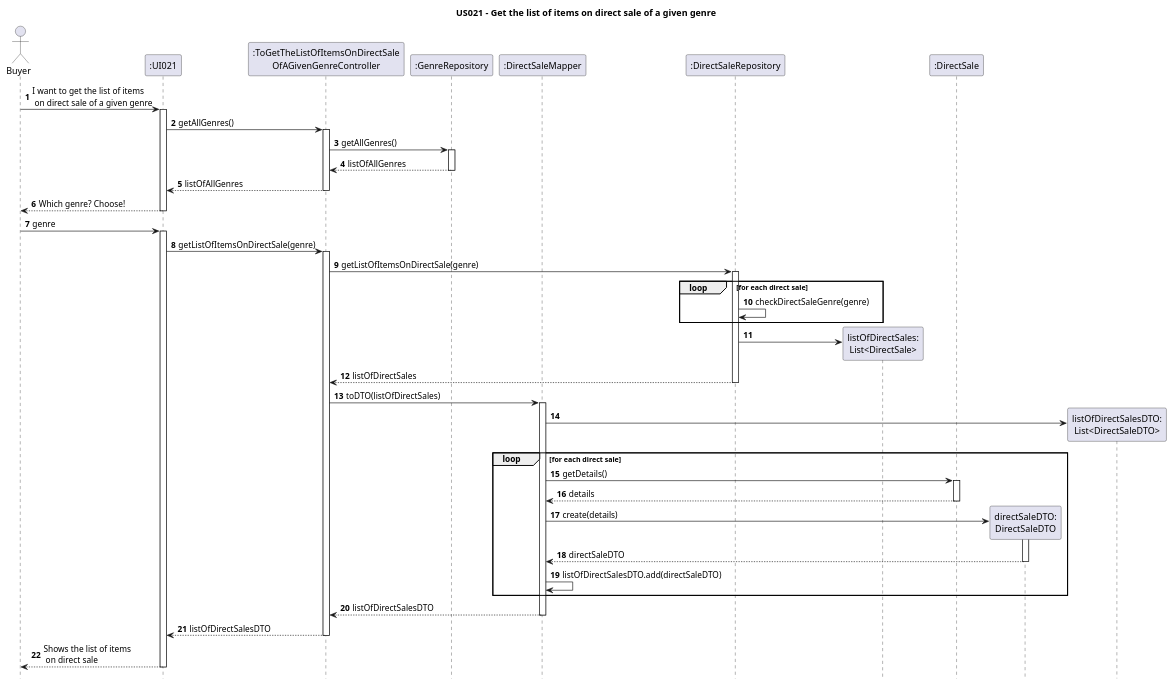
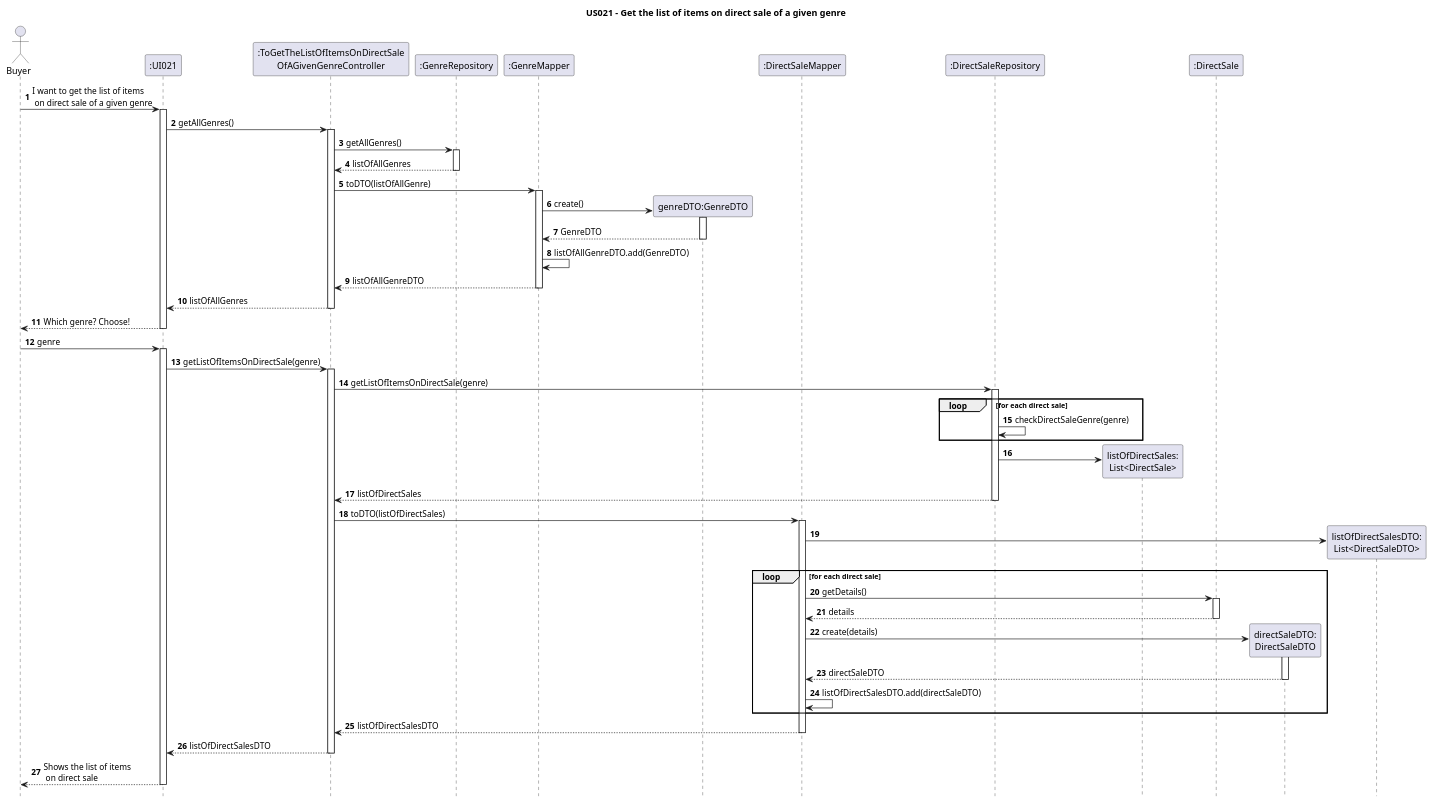
The diagram in Diagrams/SequenceDiagrams/N2/US021-to-get-the-list-of-items-on-direct-sale-of-a-given-genre.puml (AndrePereiraGitH/SWitCH-Project-Team_A), drawn with PlantUML before and after one commit. The commit also changed 5 other files, not shown here.

```diff
--- a/Diagrams/SequenceDiagrams/N2/US021-to-get-the-list-of-items-on-direct-sale-of-a-given-genre.puml
+++ b/Diagrams/SequenceDiagrams/N2/US021-to-get-the-list-of-items-on-direct-sale-of-a-given-genre.puml
@@ -1,82 +1,94 @@
 @startuml
 autonumber
 hide footbox
 title US021 - Get the list of items on direct sale of a given genre
 
 actor Buyer
 
 ' Participants
 participant ":UI021" as UI
 participant ":ToGetTheListOfItemsOnDirectSale\nOfAGivenGenreController" as Ctrl
 participant ":GenreRepository" as GenreRepo
+participant ":GenreMapper" as GenreMapper
+participant "genreDTO:GenreDTO" as GenreDTO
 participant ":DirectSaleMapper" as Mapper
 participant ":DirectSaleRepository" as DirectSaleRepo
 participant "listOfDirectSales:\nList<DirectSale>" as ListDS
 participant ":DirectSale" as DirectSaleDomain
 participant "directSaleDTO:\nDirectSaleDTO" as DTO
 participant "listOfDirectSalesDTO:\nList<DirectSaleDTO>" as ListDTO
 
 
 ' Interactions
 Buyer -> UI : I want to get the list of items\n on direct sale of a given genre
 activate UI
 
 UI -> Ctrl : getAllGenres()
 activate Ctrl
 
 Ctrl -> GenreRepo : getAllGenres()
 activate GenreRepo
 GenreRepo --> Ctrl : listOfAllGenres
 deactivate GenreRepo
+
+Ctrl -> GenreMapper: toDTO(listOfAllGenre)
+activate GenreMapper
+GenreMapper -> GenreDTO ** : create()
+activate GenreDTO
+GenreDTO --> GenreMapper: GenreDTO
+deactivate GenreDTO
+GenreMapper -> GenreMapper : listOfAllGenreDTO.add(GenreDTO)
+GenreMapper --> Ctrl: listOfAllGenreDTO
+deactivate GenreMapper
 
 Ctrl --> UI : listOfAllGenres
 deactivate Ctrl
 
 UI --> Buyer : Which genre? Choose!
 deactivate UI
 
 Buyer -> UI : genre
 activate UI
 
 UI -> Ctrl : getListOfItemsOnDirectSale(genre)
 activate Ctrl
 
 Ctrl -> DirectSaleRepo : getListOfItemsOnDirectSale(genre)
 activate DirectSaleRepo
 
 loop for each direct sale
     DirectSaleRepo -> DirectSaleRepo : checkDirectSaleGenre(genre)
 end
 
 DirectSaleRepo -> ListDS ** :
 DirectSaleRepo --> Ctrl : listOfDirectSales
 deactivate DirectSaleRepo
 
 Ctrl -> Mapper : toDTO(listOfDirectSales)
 activate Mapper
 Mapper -> ListDTO ** :
 
     loop for each direct sale
         Mapper -> DirectSaleDomain : getDetails()
         activate DirectSaleDomain
         DirectSaleDomain --> Mapper : details
         deactivate DirectSaleDomain
 
         Mapper -> DTO ** : create(details)
         activate DTO
         DTO --> Mapper : directSaleDTO
         deactivate DTO
 
         Mapper -> Mapper : listOfDirectSalesDTO.add(directSaleDTO)
     end
 
 Mapper --> Ctrl : listOfDirectSalesDTO
 deactivate Mapper
 
 Ctrl --> UI : listOfDirectSalesDTO
 deactivate Ctrl
 
 UI --> Buyer : Shows the list of items\n on direct sale
 deactivate UI
 
 @enduml
```
